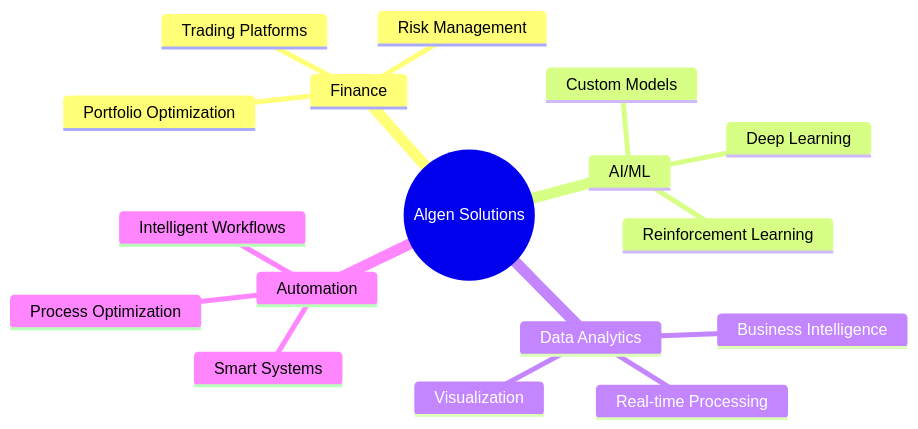
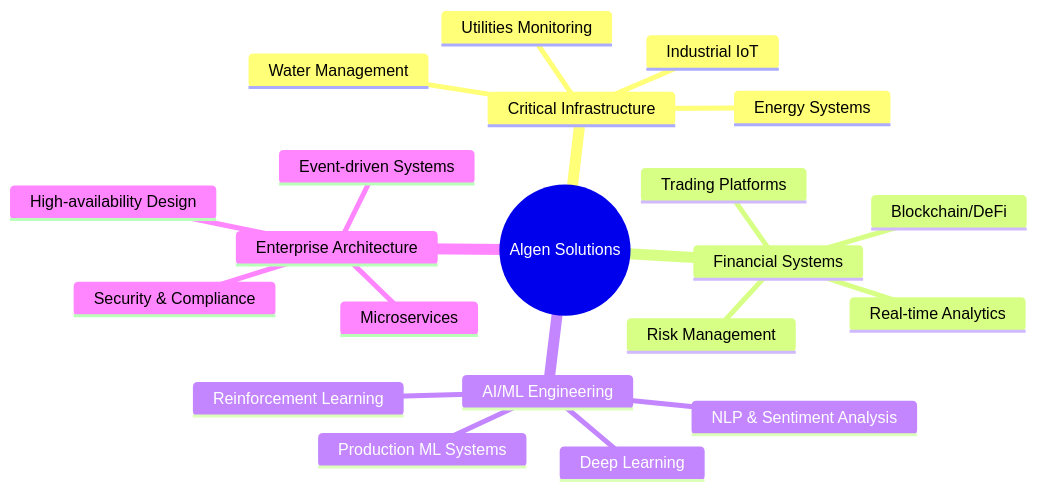
The diagram in profile/README.md (AIgen-Solutions-s-r-l/.github), drawn with Mermaid before and after one commit. The commit also changed other lines of this file, not shown here.

First line of the commit message:
Enhance profile with enterprise-grade focus and critical infrastructure emphasis

````diff
--- a/profile/README.md
+++ b/profile/README.md
@@ -21,20 +21,24 @@
 ```mermaid
 mindmap
   root((Algen Solutions))
-    Finance
+    Critical Infrastructure
+      Water Management
+      Energy Systems
+      Utilities Monitoring
+      Industrial IoT
+    Financial Systems
       Trading Platforms
       Risk Management
-      Portfolio Optimization
-    AI/ML
-      Custom Models
+      Real-time Analytics
+      Blockchain/DeFi
+    AI/ML Engineering
+      Production ML Systems
       Deep Learning
       Reinforcement Learning
-    Data Analytics
-      Business Intelligence
-      Real-time Processing
-      Visualization
-    Automation
-      Smart Systems
-      Process Optimization
-      Intelligent Workflows
+      NLP & Sentiment Analysis
+    Enterprise Architecture
+      Microservices
+      Event-driven Systems
+      High-availability Design
+      Security & Compliance
 ```
````
